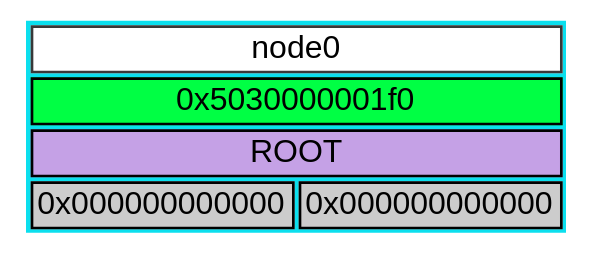
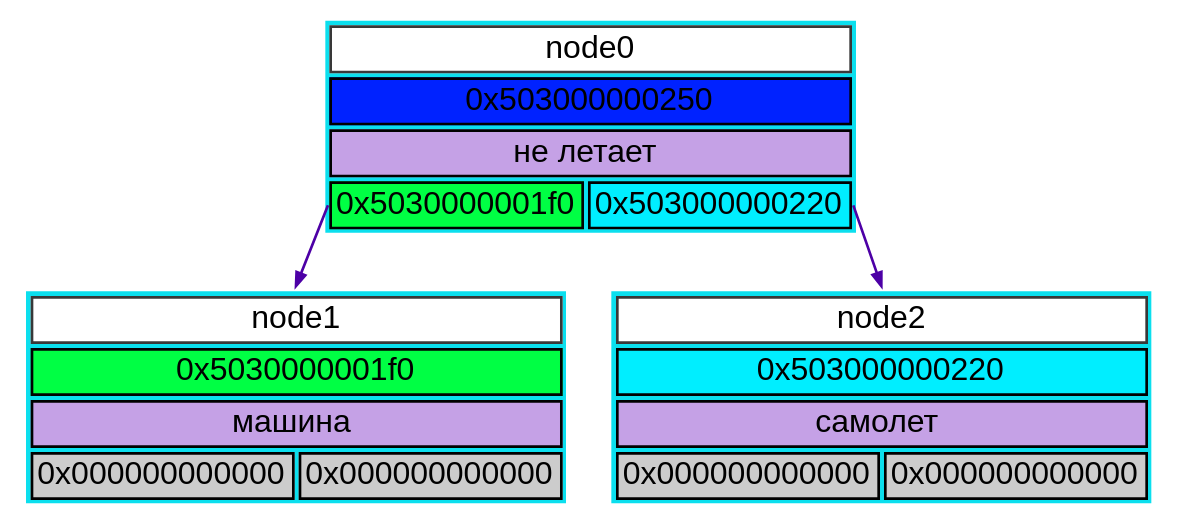
Before and after one commit to kovalevm2207/Akinator: the diagram in TreeMemStruct/svg_dot/dump.dot, drawn with Graphviz. The commit also changed 18 other files, not shown here.

```diff
--- a/TreeMemStruct/svg_dot/dump.dot
+++ b/TreeMemStruct/svg_dot/dump.dot
@@ -1,15 +1,33 @@
 digraph DUMP
 {
     rankdir=TB;
     splines=false;
     node[fontname="Arial",fontsize=24,];
     edge [style="bold", arrowhead="normal", splines=line, dir=normal]
     node0 [shape=plaintext, label=<
         <TABLE BORDER="0" CELLBORDER="2" CELLSPACING="3" CELLPADDING="3" BGCOLOR="#0bdfeeff" FIXEDSIZE="FALSE" ALIGN="CENTER" VALIGN="MIDDLE" SIDES="LRTB" >
             <TR><TD PORT="h" BGCOLOR="#ffffffff" COLSPAN="2" COLOR="#383838ff">node0</TD></TR>
+            <TR><TD PORT="p" BGCOLOR="#0022ff" COLSPAN="2" COLOR="#000000">0x503000000250</TD></TR>
+            <TR><TD PORT="d" BGCOLOR="#c5a1e6ff" COLSPAN="2" COLOR="#000000">не летает </TD></TR>
+            <TR><TD PORT="l" COLSPAN="1" ALIGN="CENTER" COLOR="#000000" BGCOLOR="#00ff44">0x5030000001f0</TD><TD PORT="r" COLSPAN="1" ALIGN="CENTER" COLOR="#000000" BGCOLOR="#00eeff">0x503000000220</TD></TR>
+        </TABLE>
+    >];
+    node1 [shape=plaintext, label=<
+        <TABLE BORDER="0" CELLBORDER="2" CELLSPACING="3" CELLPADDING="3" BGCOLOR="#0bdfeeff" FIXEDSIZE="FALSE" ALIGN="CENTER" VALIGN="MIDDLE" SIDES="LRTB" >
+            <TR><TD PORT="h" BGCOLOR="#ffffffff" COLSPAN="2" COLOR="#383838ff">node1</TD></TR>
             <TR><TD PORT="p" BGCOLOR="#00ff44" COLSPAN="2" COLOR="#000000">0x5030000001f0</TD></TR>
-            <TR><TD PORT="d" BGCOLOR="#c5a1e6ff" COLSPAN="2" COLOR="#000000">ROOT</TD></TR>
+            <TR><TD PORT="d" BGCOLOR="#c5a1e6ff" COLSPAN="2" COLOR="#000000">машина </TD></TR>
             <TR><TD PORT="l" COLSPAN="1" ALIGN="CENTER" COLOR="#000000" BGCOLOR="#cccccc">0x000000000000</TD><TD PORT="r" COLSPAN="1" ALIGN="CENTER" COLOR="#000000" BGCOLOR="#cccccc">0x000000000000</TD></TR>
         </TABLE>
     >];
+    node2 [shape=plaintext, label=<
+        <TABLE BORDER="0" CELLBORDER="2" CELLSPACING="3" CELLPADDING="3" BGCOLOR="#0bdfeeff" FIXEDSIZE="FALSE" ALIGN="CENTER" VALIGN="MIDDLE" SIDES="LRTB" >
+            <TR><TD PORT="h" BGCOLOR="#ffffffff" COLSPAN="2" COLOR="#383838ff">node2</TD></TR>
+            <TR><TD PORT="p" BGCOLOR="#00eeff" COLSPAN="2" COLOR="#000000">0x503000000220</TD></TR>
+            <TR><TD PORT="d" BGCOLOR="#c5a1e6ff" COLSPAN="2" COLOR="#000000">самолет </TD></TR>
+            <TR><TD PORT="l" COLSPAN="1" ALIGN="CENTER" COLOR="#000000" BGCOLOR="#cccccc">0x000000000000</TD><TD PORT="r" COLSPAN="1" ALIGN="CENTER" COLOR="#000000" BGCOLOR="#cccccc">0x000000000000</TD></TR>
+        </TABLE>
+    >];
+    node0:<l> -> node1:n [dir=normal, color="#4d00a6ff"];
+    node0:<r> -> node2:n [dir=normal, color="#4d00a6ff"];
 }
```
